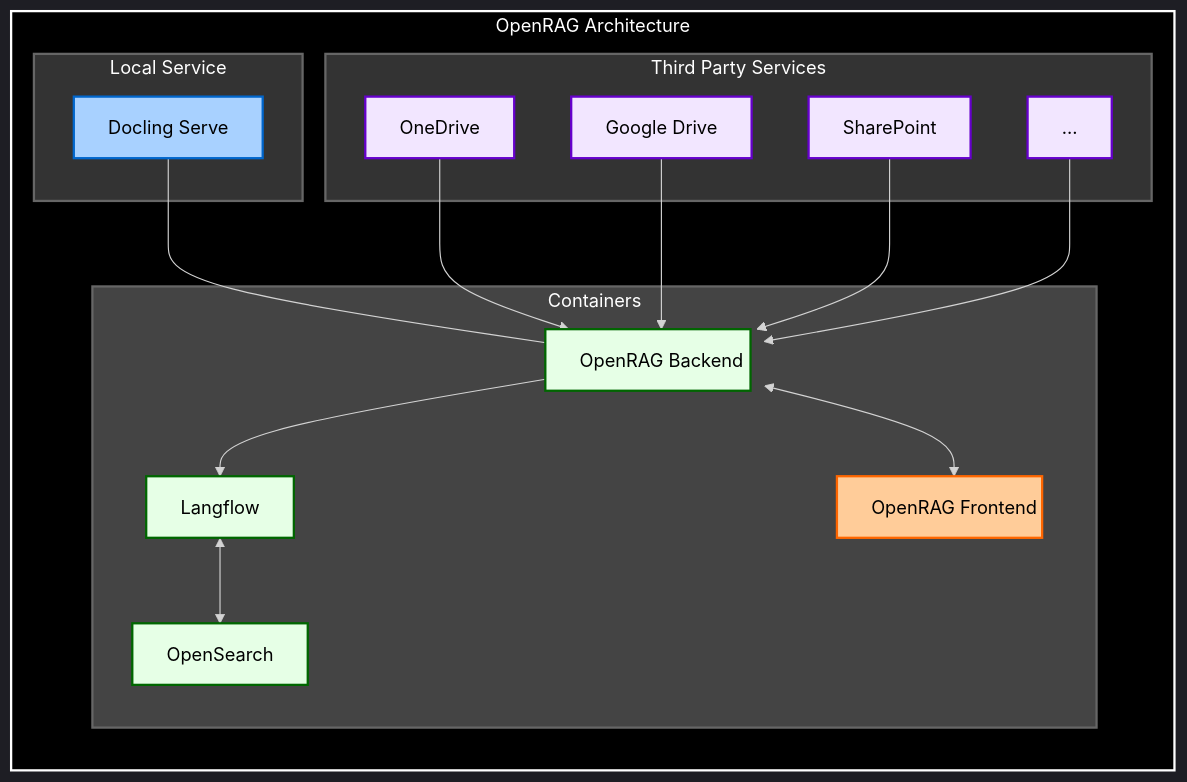
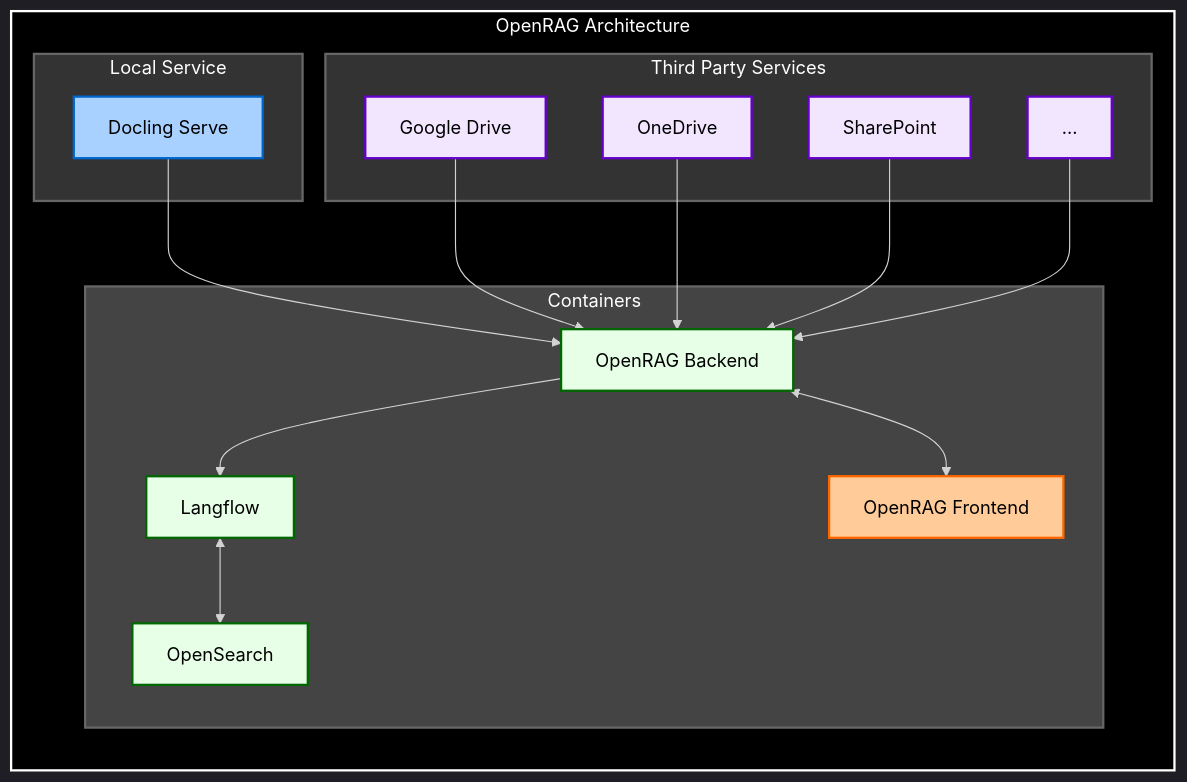
One commit to langflow-ai/openrag changed the diagram in docs/docs/get-started/what-is-openrag.mdx. Above: the diagram before and after it, drawn with Mermaid. The commit also changed 1 other file, not shown here.

Commit message:
Implement mermaid diagram additions

````diff
--- a/docs/docs/get-started/what-is-openrag.mdx
+++ b/docs/docs/get-started/what-is-openrag.mdx
@@ -26,55 +26,51 @@
 ```mermaid
 %%{init: {'theme': 'dark', 'flowchart': {'useMaxWidth': false, 'width': '100%'}}}%%
 flowchart LR
     %% Encapsulate the entire diagram in a rectangle with black background
     subgraph DiagramContainer["OpenRAG Architecture"]
         style DiagramContainer fill:#000000,stroke:#ffffff,color:white,stroke-width:2px
 
         %% Define subgraphs for the different sections
         subgraph LocalService["Local Service"]
             DoclingSrv[Docling Serve]
             style DoclingSrv fill:#a8d1ff,stroke:#0066cc,color:black,stroke-width:2px
         end
 
         subgraph Containers
             Backend["OpenRAG Backend"]
             style Backend fill:#e6ffe6,stroke:#006600,color:black,stroke-width:2px
             Langflow
             style Langflow fill:#e6ffe6,stroke:#006600,color:black,stroke-width:2px
             OpenSearch
             style OpenSearch fill:#e6ffe6,stroke:#006600,color:black,stroke-width:2px
             Frontend["OpenRAG Frontend"]
             style Frontend fill:#ffcc99,stroke:#ff6600,color:black,stroke-width:2px
         end
 
         subgraph ThirdParty["Third Party Services"]
+            GoogleDrive["Google Drive"]
+            style GoogleDrive fill:#f2e6ff,stroke:#6600cc,color:black,stroke-width:2px
             OneDrive
             style OneDrive fill:#f2e6ff,stroke:#6600cc,color:black,stroke-width:2px
-            GoogleDrive["Google Drive"]
-            style GoogleDrive fill:#f2e6ff,stroke:#6600cc,color:black,stroke-width:2px
             SharePoint["SharePoint"]
             style SharePoint fill:#f2e6ff,stroke:#6600cc,color:black,stroke-width:2px
             More[...]
             style More fill:#f2e6ff,stroke:#6600cc,color:black,stroke-width:2px
         end
 
         %% Define connections
         DoclingSrv --> Backend
+        GoogleDrive --> Backend
         OneDrive --> Backend
-        GoogleDrive --> Backend
         SharePoint --> Backend
         More --> Backend
         Backend --> Langflow
         Langflow <--> OpenSearch
         Backend <--> Frontend
 
         %% Style subgraphs
         style LocalService fill:#333333,stroke:#666666,color:white,stroke-width:2px
         style Containers fill:#444444,stroke:#666666,color:white,stroke-width:2px
         style ThirdParty fill:#333333,stroke:#666666,color:white,stroke-width:2px
     end
-
-    %% Ensure Backend and Frontend are on the same level and have enough width for text
-    classDef sameLevel width:180px
-    class Backend,Frontend sameLevel
 ```
````
